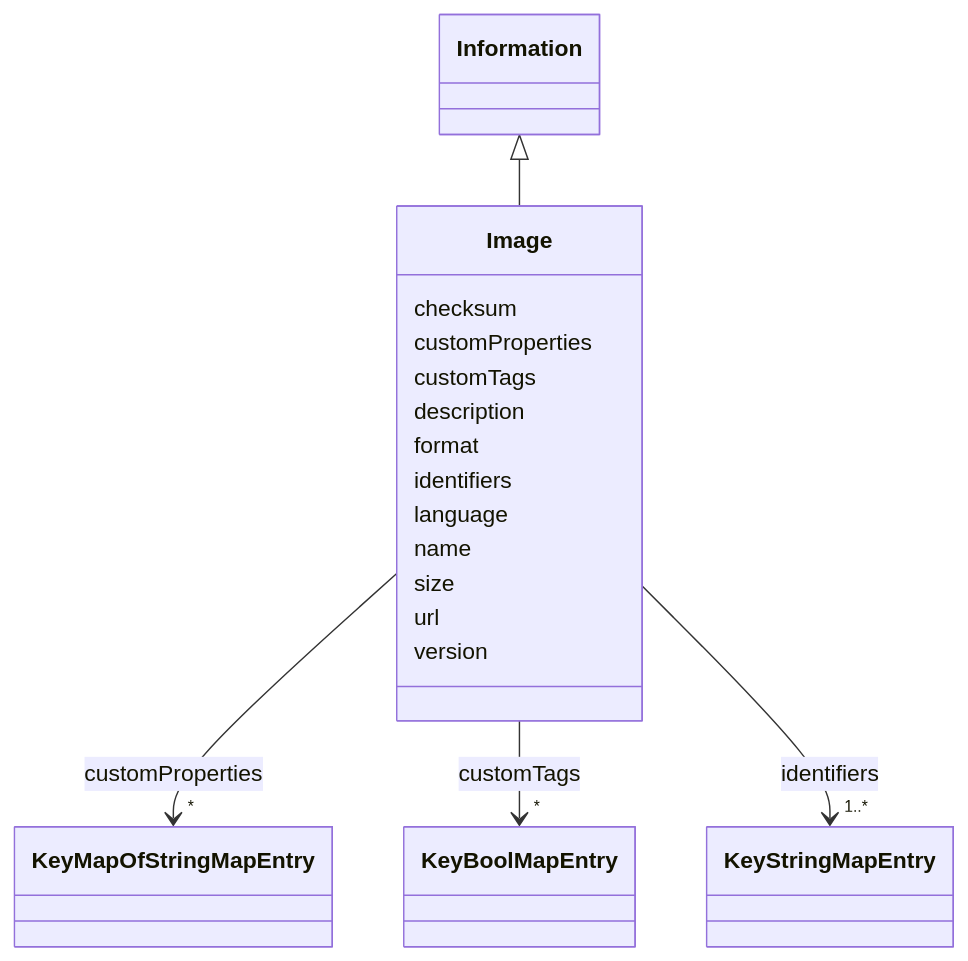
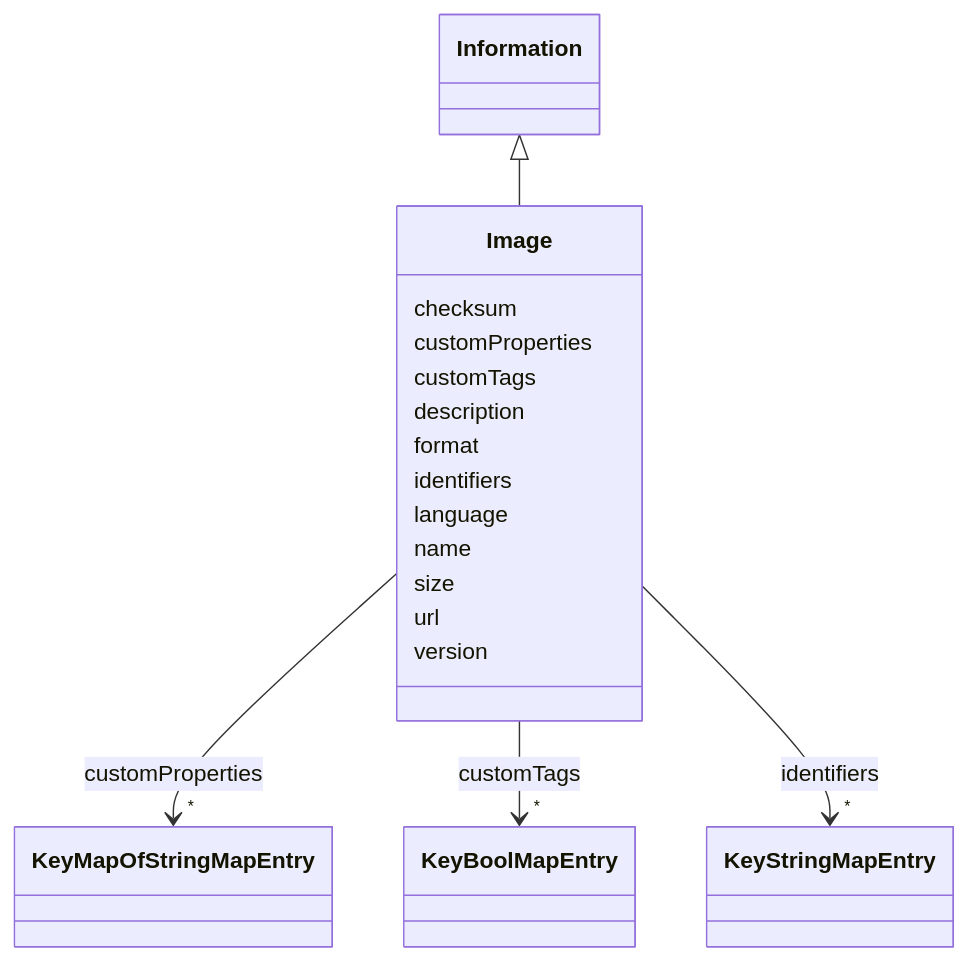
One commit to takashikasuya/smartbuiding_ontology changed the diagram in docs/Image.md. Above: the diagram before and after it, drawn with Mermaid. The commit also changed other lines of this file and 89 other files, not shown here.

````diff
--- a/docs/Image.md
+++ b/docs/Image.md
@@ -18,58 +18,58 @@
 ```mermaid
  classDiagram
     class Image
     click Image href "../Image/"
       Information <|-- Image
         click Information href "../Information/"
       
       Image : checksum
         
       Image : customProperties
         
           
     
         
         
         Image --> "*" KeyMapOfStringMapEntry : customProperties
         click KeyMapOfStringMapEntry href "../KeyMapOfStringMapEntry/"
     
 
         
       Image : customTags
         
           
     
         
         
         Image --> "*" KeyBoolMapEntry : customTags
         click KeyBoolMapEntry href "../KeyBoolMapEntry/"
     
 
         
       Image : description
         
       Image : format
         
       Image : identifiers
         
           
     
         
         
-        Image --> "1..*" KeyStringMapEntry : identifiers
+        Image --> "*" KeyStringMapEntry : identifiers
         click KeyStringMapEntry href "../KeyStringMapEntry/"
     
 
         
       Image : language
         
       Image : name
         
       Image : size
         
       Image : url
         
       Image : version
         
       
 ```
````
